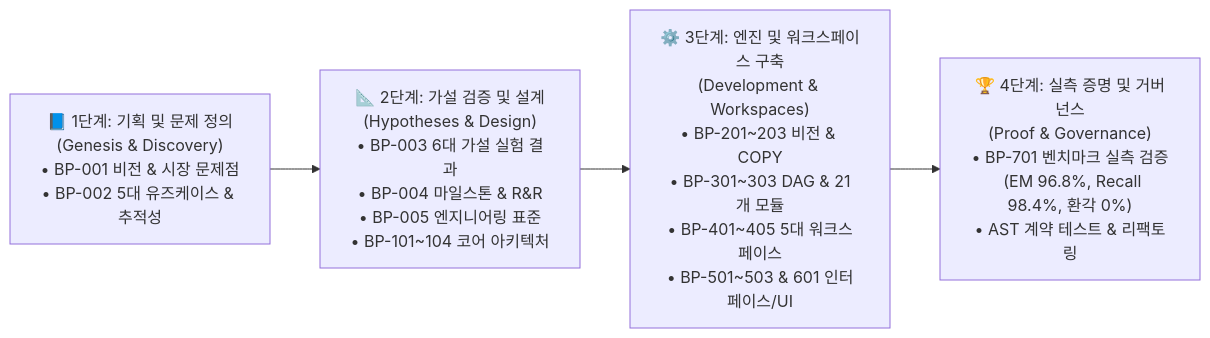
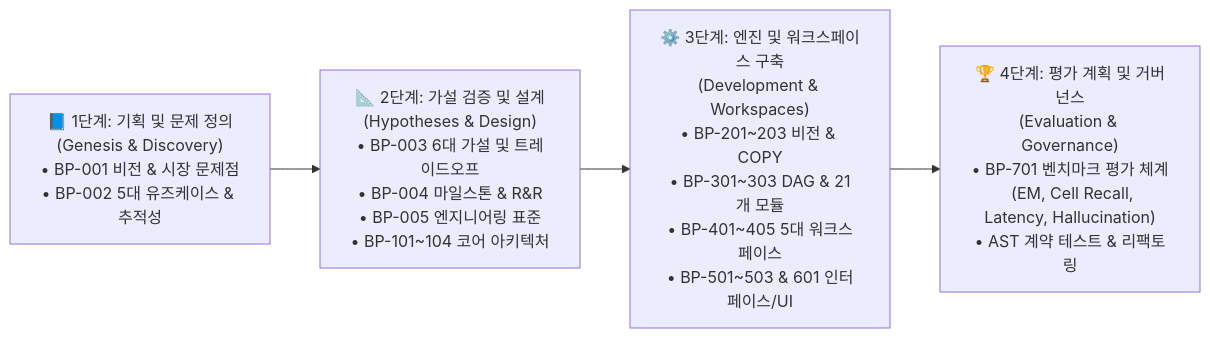
The second of 4 diagrams in docs/README.md (bist-mini-final/bist-mini-final), drawn with Mermaid before and after one commit. The commit also changed other lines of this file and 2 other files, not shown here.

Commit message:
docs: remove unverified benchmark numbers and replace with Quantitative Evaluation Plan and Engineering Trade-off Rationale

````diff
--- a/docs/README.md
+++ b/docs/README.md
@@ -55,26 +55,26 @@
 ```mermaid
 flowchart LR
     STAGE1["📘 1단계: 기획 및 문제 정의
 (Genesis & Discovery)
 • BP-001 비전 & 시장 문제점
 • BP-002 5대 유즈케이스 & 추적성"]
     STAGE2["📐 2단계: 가설 검증 및 설계
 (Hypotheses & Design)
-• BP-003 6대 가설 실험 결과
+• BP-003 6대 가설 및 트레이드오프
 • BP-004 마일스톤 & R&R
 • BP-005 엔지니어링 표준
 • BP-101~104 코어 아키텍처"]
     STAGE3["⚙️ 3단계: 엔진 및 워크스페이스 구축
 (Development & Workspaces)
 • BP-201~203 비전 & COPY
 • BP-301~303 DAG & 21개 모듈
 • BP-401~405 5대 워크스페이스
 • BP-501~503 & 601 인터페이스/UI"]
-    STAGE4["🏆 4단계: 실측 증명 및 거버넌스
-(Proof & Governance)
-• BP-701 벤치마크 실측 검증
-  (EM 96.8%, Recall 98.4%, 환각 0%)
+    STAGE4["🏆 4단계: 평가 계획 및 거버넌스
+(Evaluation & Governance)
+• BP-701 벤치마크 평가 체계
+  (EM, Cell Recall, Latency, Hallucination)
 • AST 계약 테스트 & 리팩토링"]
 
     STAGE1 --> STAGE2 --> STAGE3 --> STAGE4
 ```
````
